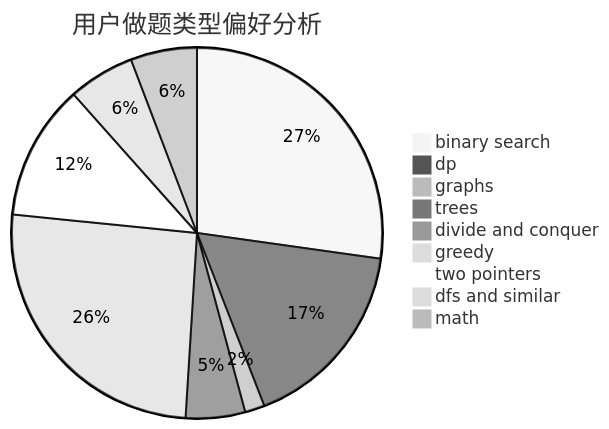
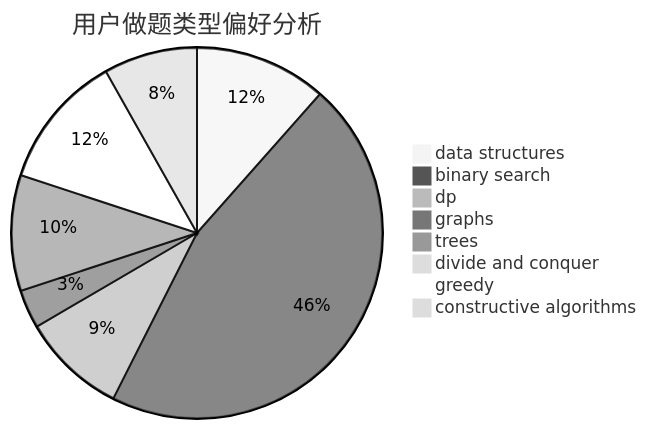
One commit to sherpahu/cfrs.github.io changed the second of 3 diagrams in docs/user/u1891.md. Above: the diagram before and after it, drawn with Mermaid (neutral theme). The commit also changed other lines of this file and 2775 other files, not shown here.

````diff
--- a/docs/user/u1891.md
+++ b/docs/user/u1891.md
@@ -23,12 +23,11 @@
 ```mermaid
 pie title 用户做题类型偏好分析
-    "binary search" :  221
-    "dp" :  137
+    "data structures" :  48
+    "binary search" :  191
+    "dp" :  38
     "graphs" :  14
     "trees" :  42
     "divide and conquer" :  0
-    "greedy" :  208
-    "two pointers" :  96
-    "dfs and similar" :  47
-    "math" :  47
+    "greedy" :  49
+    "constructive algorithms" :  34
 ```
````
